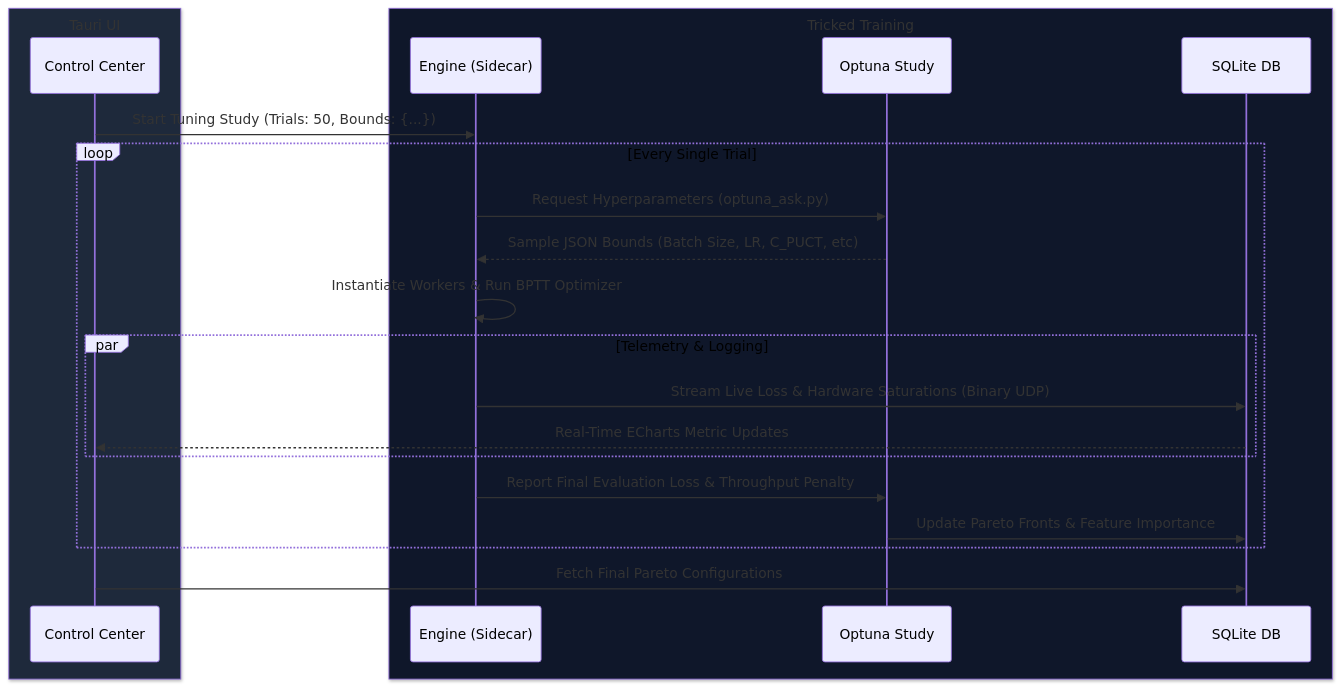
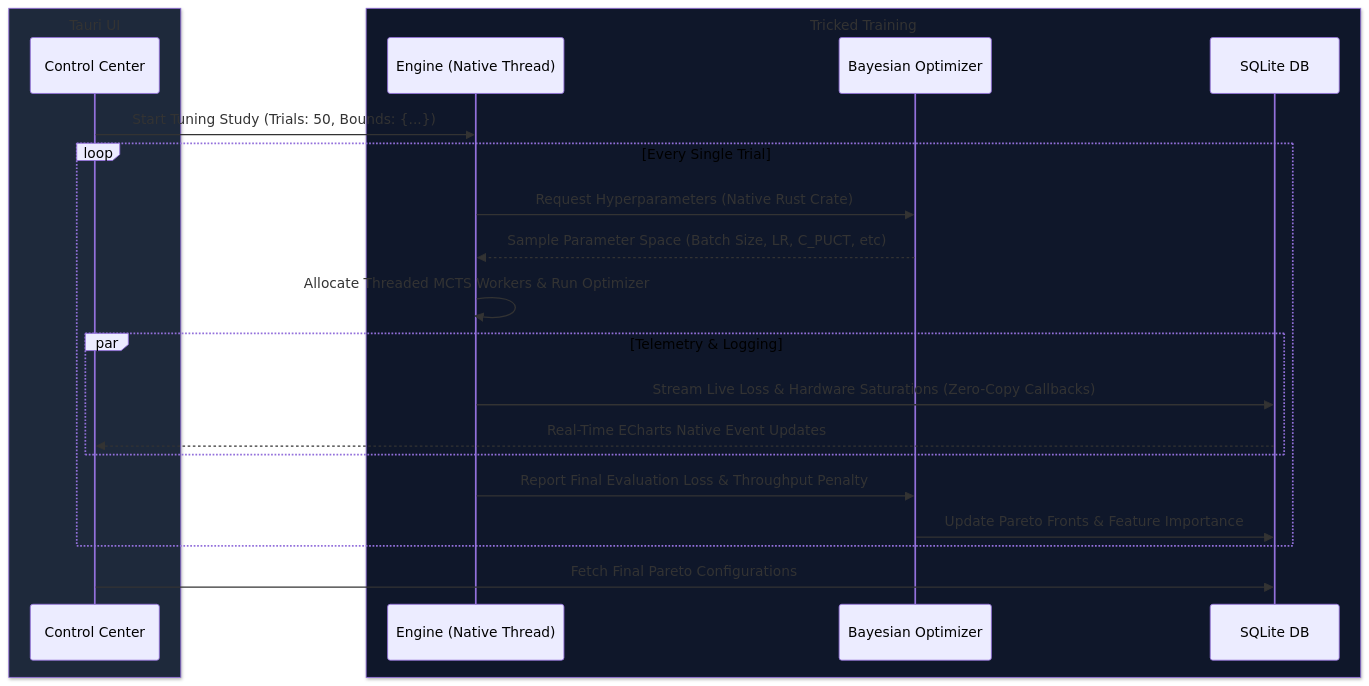
One commit to lguibr/tricked changed the eighth of 8 diagrams in README.md. Above: the diagram before and after it, drawn with Mermaid. The commit also changed other lines of this file and 3 other files, not shown here.

Commit message:
refactor: migrate engine from sidecar process to native thread orchestration and remove external binary dependencies

````diff
--- a/README.md
+++ b/README.md
@@ -318,31 +318,31 @@
 ```mermaid
 sequenceDiagram
     box rgb(30, 41, 59) Tauri UI
     participant UI as Control Center
     end
     
     box rgb(15, 23, 42) Tricked Training
-    participant Eng as Engine (Sidecar)
-    participant Optuna as Optuna Study
+    participant Eng as Engine (Native Thread)
+    participant Optimizer as Bayesian Optimizer
     participant DB as SQLite DB
     end
 
     UI->>Eng: Start Tuning Study (Trials: 50, Bounds: {...})
     
     loop Every Single Trial
-        Eng->>Optuna: Request Hyperparameters (optuna_ask.py)
-        Optuna-->>Eng: Sample JSON Bounds (Batch Size, LR, C_PUCT, etc)
+        Eng->>Optimizer: Request Hyperparameters (Native Rust Crate)
+        Optimizer-->>Eng: Sample Parameter Space (Batch Size, LR, C_PUCT, etc)
         
-        Eng->>Eng: Instantiate Workers & Run BPTT Optimizer
+        Eng->>Eng: Allocate Threaded MCTS Workers & Run Optimizer
         
         par Telemetry & Logging
-            Eng->>DB: Stream Live Loss & Hardware Saturations (Binary UDP)
-            DB-->>UI: Real-Time ECharts Metric Updates
+            Eng->>DB: Stream Live Loss & Hardware Saturations (Zero-Copy Callbacks)
+            DB-->>UI: Real-Time ECharts Native Event Updates
         end
         
-        Eng->>Optuna: Report Final Evaluation Loss & Throughput Penalty
-        Optuna->>DB: Update Pareto Fronts & Feature Importance
+        Eng->>Optimizer: Report Final Evaluation Loss & Throughput Penalty
+        Optimizer->>DB: Update Pareto Fronts & Feature Importance
     end
     
     UI->>DB: Fetch Final Pareto Configurations
 ```
````
